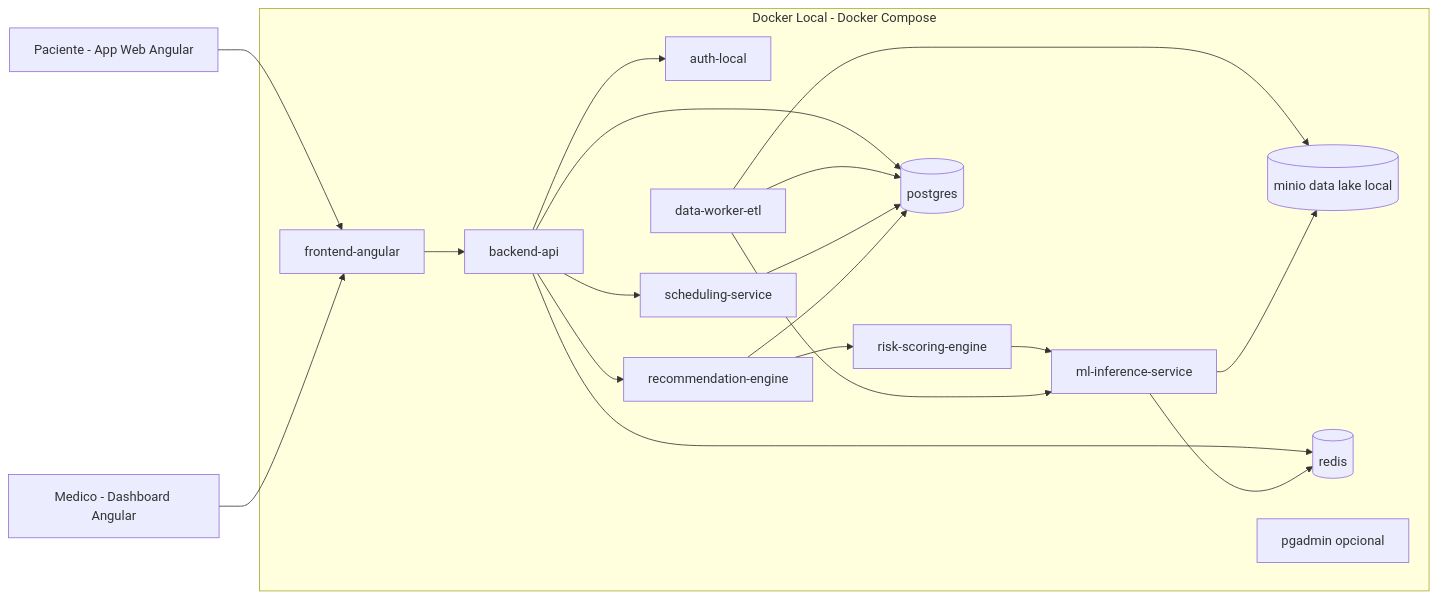
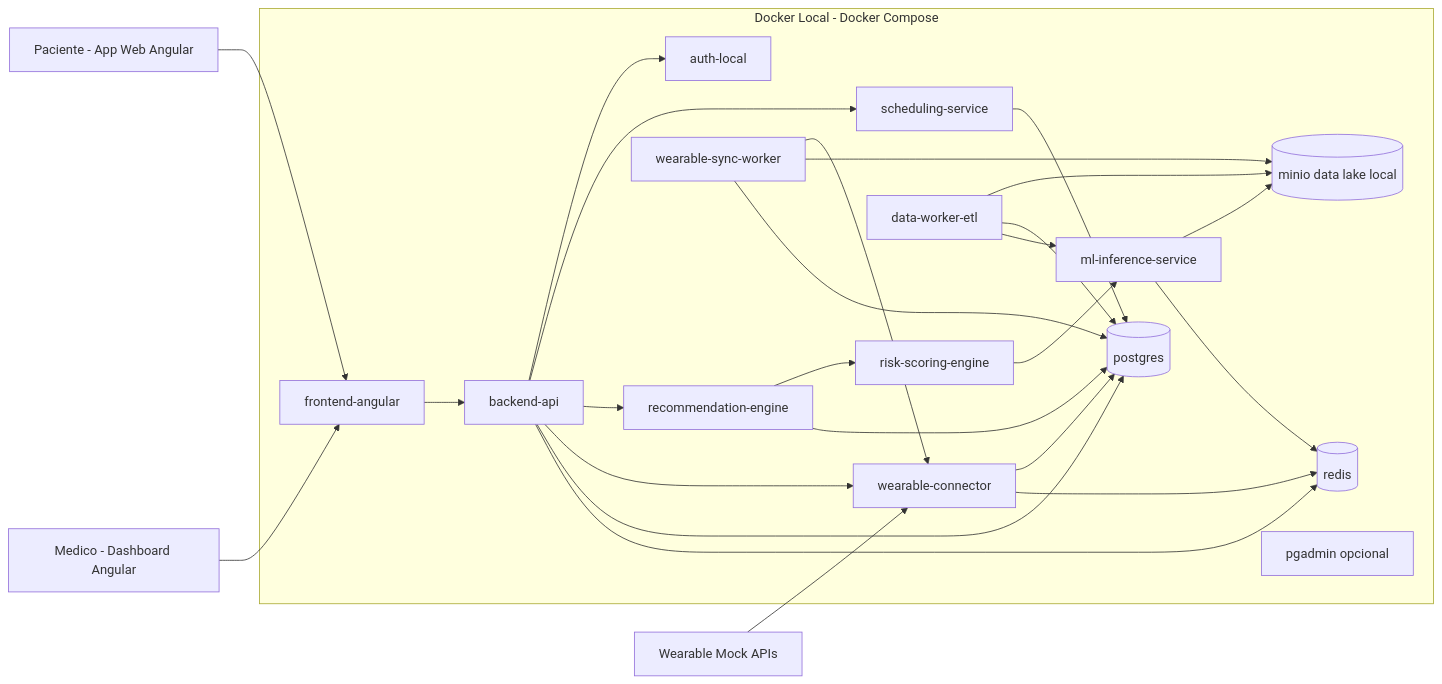
The diagram in ARQUITETURA CLOUD - MVP LOCAL DOCKER.md (ccps1-care-predict/care-plus-ccps1), drawn with Mermaid before and after one commit. The commit also changed other lines of this file and 11 other files, not shown here.

````diff
--- a/ARQUITETURA CLOUD - MVP LOCAL DOCKER.md
+++ b/ARQUITETURA CLOUD - MVP LOCAL DOCKER.md
@@ -30,43 +34,55 @@
 ```mermaid
 flowchart LR
 
 Paciente[Paciente - App Web Angular]
 Medico[Medico - Dashboard Angular]
+WearableMock[Wearable Mock APIs]
 
 subgraph DockerHost[Docker Local - Docker Compose]
   Frontend[frontend-angular]
   API[backend-api]
   Auth[auth-local]
   Scheduler[scheduling-service]
   RecEngine[recommendation-engine]
   RiskEngine[risk-scoring-engine]
   MLPredict[ml-inference-service]
   Worker[data-worker-etl]
+  WearableConn[wearable-connector]
+  WearableSync[wearable-sync-worker]
   Postgres[(postgres)]
   MinIO[(minio data lake local)]
   Redis[(redis)]
   PgAdmin[pgadmin opcional]
 end
 
 Paciente --> Frontend
 Medico --> Frontend
+WearableMock --> WearableConn
 
 Frontend --> API
 API --> Auth
 API --> Scheduler
 API --> RecEngine
 RecEngine --> RiskEngine
 RiskEngine --> MLPredict
+
+API --> WearableConn
+WearableConn --> Postgres
+WearableConn --> Redis
+
+WearableSync --> WearableConn
+WearableSync --> MinIO
+WearableSync --> Postgres
 
 API --> Postgres
 Worker --> MinIO
 Worker --> Postgres
 Worker --> MLPredict
 
 Scheduler --> Postgres
 RecEngine --> Postgres
 MLPredict --> MinIO
 
 API --> Redis
 MLPredict --> Redis
 ```
````
